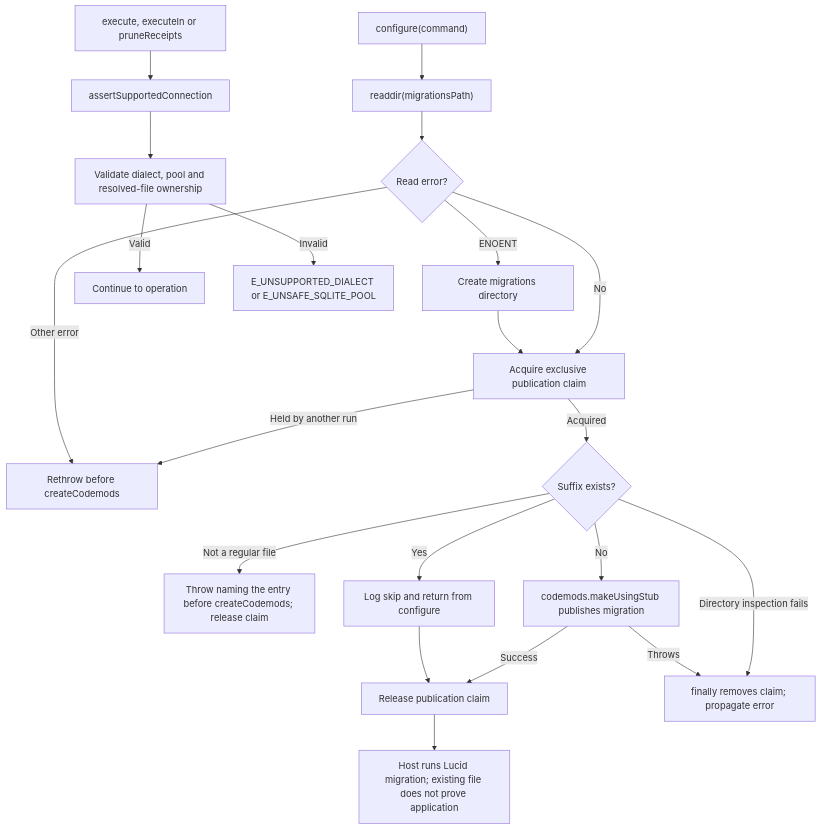
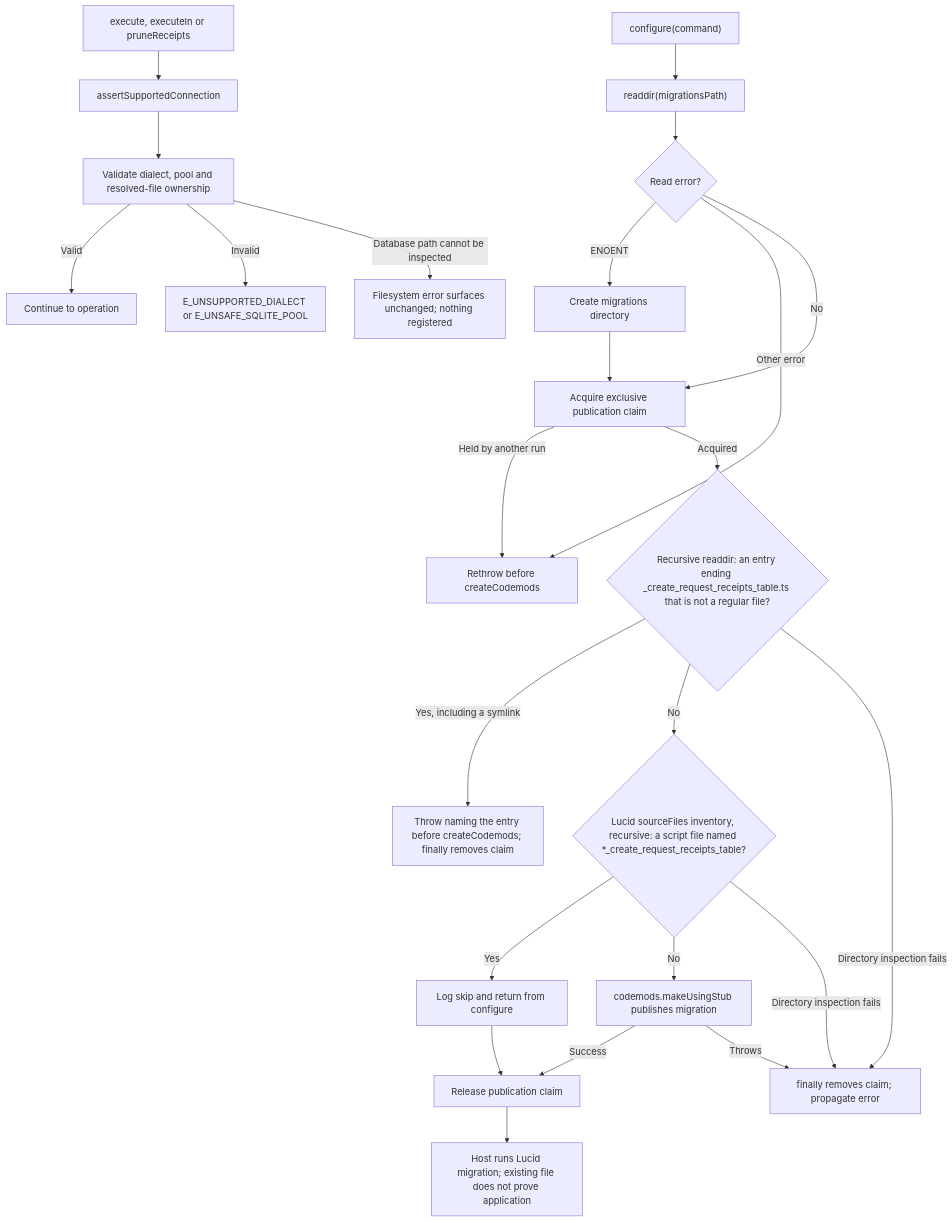
Before and after one commit to Kevinjohn/oss-adonisjs-duplicate-request-guard: the second of 2 diagrams in user-stories/US-GUARD-04-operate-receipts.md, drawn with Mermaid. The commit also changed other lines of this file and 11 other files, not shown here.

````diff
--- a/user-stories/US-GUARD-04-operate-receipts.md
+++ b/user-stories/US-GUARD-04-operate-receipts.md
@@ -53,23 +54,26 @@
 ```mermaid
 flowchart TD
     A["configure(command)"] --> B["readdir(migrationsPath)"]
     B --> R{"Read error?"}
     R -->|ENOENT| K["Create migrations directory"]
     K --> L["Acquire exclusive publication claim"]
     R -->|Other error| X["Rethrow before createCodemods"]
     R -->|No| L
     L -->|Held by another run| X
-    L -->|Acquired| C{"Suffix exists?"}
-    C -->|Not a regular file| Y["Throw naming the entry before createCodemods; release claim"]
+    L -->|Acquired| N{"Recursive readdir: an entry ending _create_request_receipts_table.ts that is not a regular file?"}
+    N -->|Yes, including a symlink| Y["Throw naming the entry before createCodemods; finally removes claim"]
+    N -->|No| C{"Lucid sourceFiles inventory, recursive: a script file named *_create_request_receipts_table?"}
     C -->|Yes| D["Log skip and return from configure"]
     D --> T["Release publication claim"]
     C -->|No| E["codemods.makeUsingStub publishes migration"]
     E -->|Success| T
     E -->|Throws| P["finally removes claim; propagate error"]
+    N -->|Directory inspection fails| P
     C -->|Directory inspection fails| P
     T --> F["Host runs Lucid migration; existing file does not prove application"]
     G["execute, executeIn or pruneReceipts"] --> H["assertSupportedConnection"]
     H --> I["Validate dialect, pool and resolved-file ownership"]
     I -->|Valid| J["Continue to operation"]
     I -->|Invalid| Q["E_UNSUPPORTED_DIALECT or E_UNSAFE_SQLITE_POOL"]
+    I -->|Database path cannot be inspected| Q2["Filesystem error surfaces unchanged; nothing registered"]
 ```
````
